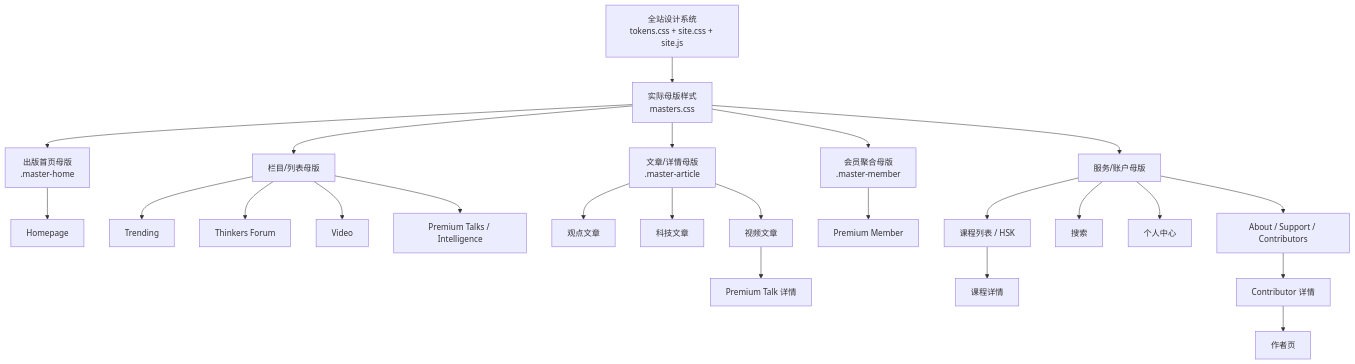
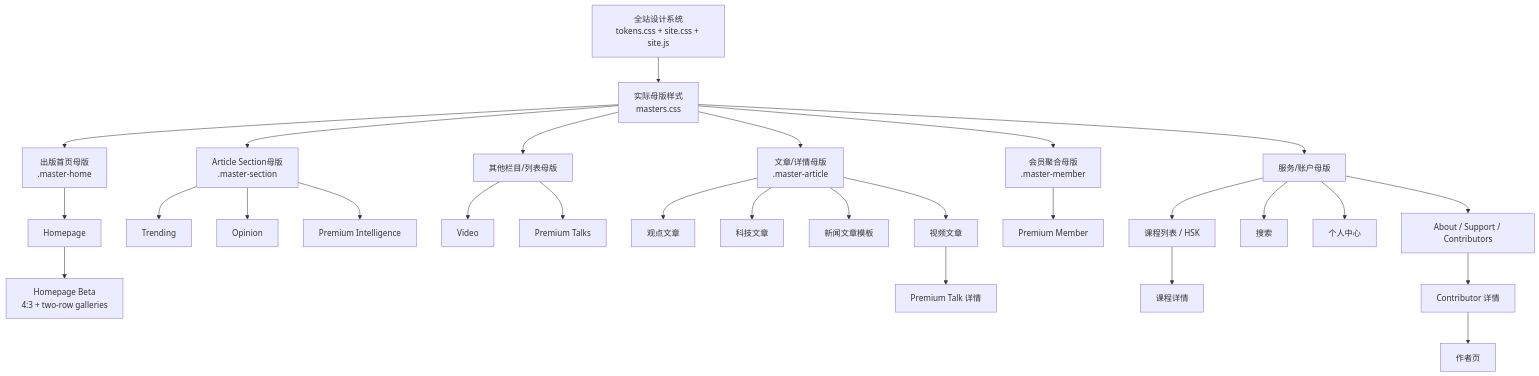
The second of 2 diagrams in MAP.md (TangYida/TCA-UI-Design), drawn with Mermaid before and after one commit. The commit also changed other lines of this file and 16 other files, not shown here.

````diff
--- a/MAP.md
+++ b/MAP.md
@@ -111,27 +122,31 @@
 ```mermaid
 flowchart TD
   DS[全站设计系统<br/>tokens.css + site.css + site.js]
   DS --> M[实际母版样式<br/>masters.css]
   M --> H[出版首页母版<br/>.master-home]
   M --> PM[会员聚合母版<br/>.master-member]
-  M --> L[栏目/列表母版]
+  M --> AS[Article Section母版<br/>.master-section]
+  M --> L[其他栏目/列表母版]
   M --> A[文章/详情母版<br/>.master-article]
   M --> S[服务/账户母版]
   H --> Home[Homepage]
-  L --> Trend[Trending]
-  L --> TF[Thinkers Forum]
+  Home --> Beta[Homepage Beta<br/>4:3 + two-row galleries]
+  AS --> Trend[Trending]
+  AS --> TF[Opinion]
+  AS --> Intelligence[Premium Intelligence]
   L --> Video[Video]
-  L --> Talks[Premium Talks / Intelligence]
+  L --> Talks[Premium Talks]
   A --> Opinion[观点文章]
   A --> Tech[科技文章]
+  A --> NewsTemplate[新闻文章模板]
   A --> VideoArticle[视频文章]
   VideoArticle --> PremiumTalk[Premium Talk 详情]
   PM --> Member[Premium Member]
   S --> Courses[课程列表 / HSK]
   Courses --> Lesson[课程详情]
   S --> Search[搜索]
   S --> Account[个人中心]
   S --> Org[About / Support / Contributors]
   Org --> Profile[Contributor 详情]
   Profile --> Archive[作者页]
 ```
````
